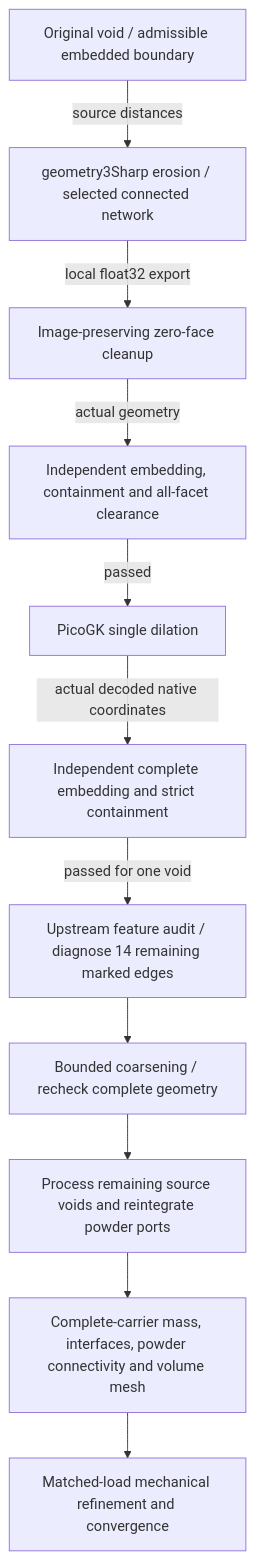
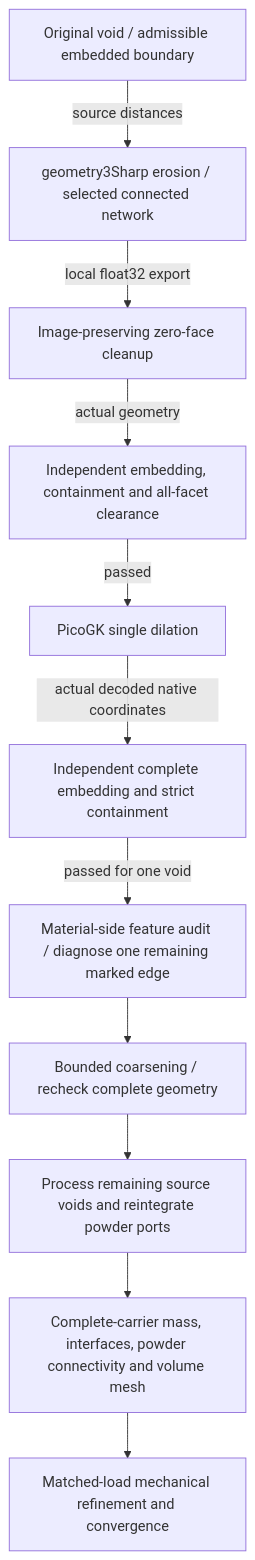
Before and after one commit to cluster2600/porscheparts: the diagram in docs/reports/carrier-interface-20261028/SOURCE-DISTANCE-ROUNDING.md, drawn with Mermaid. The commit also changed other lines of this file and 10 other files, not shown here.

Commit message:
993 carrier: reconcile cavity and material-side crease orientation

````diff
--- a/docs/reports/carrier-interface-20261028/SOURCE-DISTANCE-ROUNDING.md
+++ b/docs/reports/carrier-interface-20261028/SOURCE-DISTANCE-ROUNDING.md
@@ -146,14 +177,14 @@
 ```mermaid
 flowchart TD
     A["Original void / admissible embedded boundary"] -->|source distances| B
     B["geometry3Sharp erosion / selected connected network"] -->|local float32 export| C
     C["Image-preserving zero-face cleanup"] -->|actual geometry| D
     D["Independent embedding, containment and all-facet clearance"] -->|passed| E
     E["PicoGK single dilation"] -->|actual decoded native coordinates| F
     F["Independent complete embedding and strict containment"] -->|passed for one void| K
-    K["Upstream feature audit / diagnose 14 remaining marked edges"] --> G
+    K["Material-side feature audit / diagnose one remaining marked edge"] --> G
     G["Bounded coarsening / recheck complete geometry"] --> H
     H["Process remaining source voids and reintegrate powder ports"] --> I
     I["Complete-carrier mass, interfaces, powder connectivity and volume mesh"] --> J
     J["Matched-load mechanical refinement and convergence"]
 ```
````
